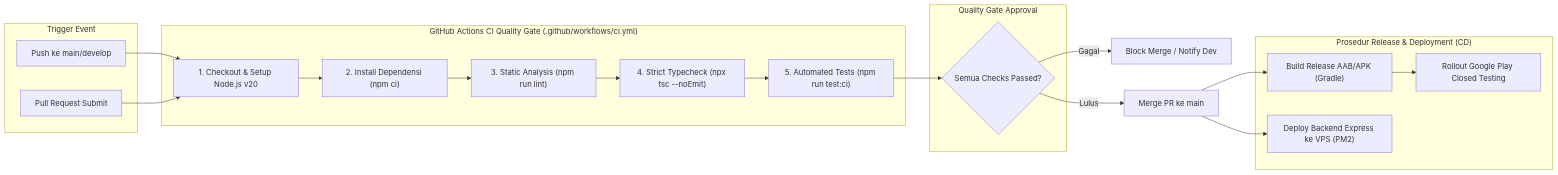
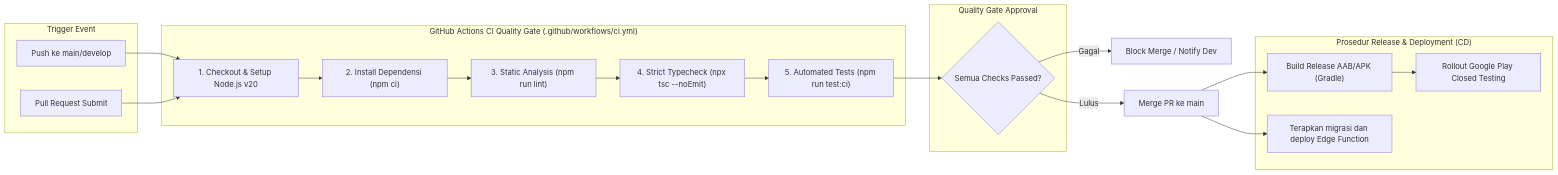
Before and after one commit to fajar-dev/gsi-one: the diagram in docs/07_Deployment/CI_CD_Guide.md, drawn with Mermaid. The commit also changed other lines of this file and 213 other files, not shown here.

````diff
--- a/docs/07_Deployment/CI_CD_Guide.md
+++ b/docs/07_Deployment/CI_CD_Guide.md
@@ -35,37 +35,37 @@
 ```mermaid
 flowchart LR
     subgraph TriggerEvent["Trigger Event"]
         Push[Push ke main/develop]
         PR[Pull Request Submit]
     end
 
     subgraph CIJobs["GitHub Actions CI Quality Gate (.github/workflows/ci.yml)"]
         Setup["1. Checkout & Setup Node.js v20"]
         Install["2. Install Dependensi (npm ci)"]
         Lint["3. Static Analysis (npm run lint)"]
         Typecheck["4. Strict Typecheck (npx tsc --noEmit)"]
         Test["5. Automated Tests (npm run test:ci)"]
     end
 
     subgraph ApprovalGate["Quality Gate Approval"]
         Result{Semua Checks Passed?}
     end
 
     subgraph CDJobs["Prosedur Release & Deployment (CD)"]
         BuildAndroid["Build Release AAB/APK (Gradle)"]
-        DeployBackend["Deploy Backend Express ke VPS (PM2)"]
+        DeploySupabase["Terapkan migrasi dan deploy Edge Function"]
         PlayStore["Rollout Google Play Closed Testing"]
     end
 
     Push & PR --> Setup
     Setup --> Install
     Install --> Lint
     Lint --> Typecheck
     Typecheck --> Test
     Test --> Result
 
     Result -->|Gagal| Block[Block Merge / Notify Dev]
     Result -->|Lulus| Merge[Merge PR ke main]
-    Merge --> BuildAndroid & DeployBackend
+    Merge --> BuildAndroid & DeploySupabase
     BuildAndroid --> PlayStore
 ```
````
